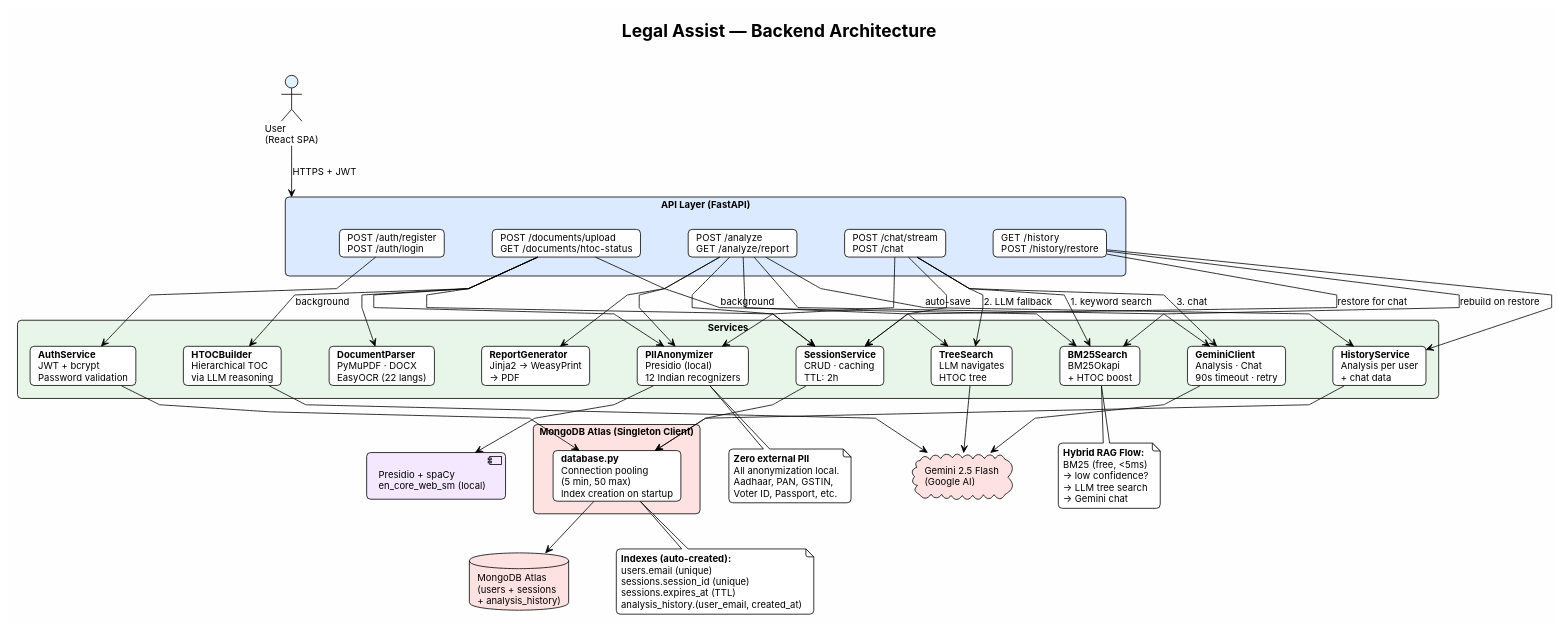
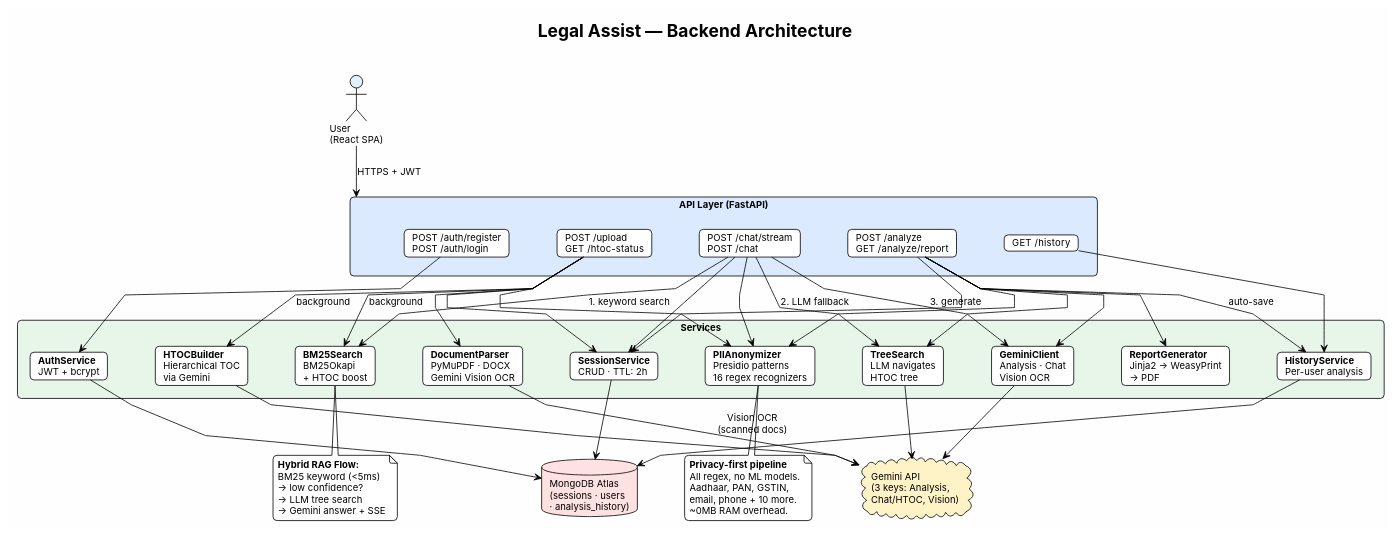
One commit to adityaa2404/legal-assist changed the diagram in docs/architecture-compact.puml. Above: the diagram before and after it, drawn with PlantUML. The commit also changed 19 other files, not shown here.

```diff
--- a/docs/architecture-compact.puml
+++ b/docs/architecture-compact.puml
@@ -1,113 +1,97 @@
 @startuml Legal Assist - Backend Architecture (Compact)
 
 !theme plain
 skinparam backgroundColor #FEFEFE
 skinparam defaultFontName Inter
 skinparam defaultFontSize 12
 skinparam shadowing false
 skinparam roundCorner 10
 skinparam packageStyle rectangle
 skinparam linetype polyline
 skinparam nodesep 60
 skinparam ranksep 50
 
 title **Legal Assist** — Backend Architecture\n
 
 ' ═══════════ ACTORS ═══════════
 actor "User\n(React SPA)" as User #E0F2FE
 
 ' ═══════════ API LAYER ═══════════
 rectangle "**API Layer** (FastAPI)" as API #DBEAFE {
     card "POST /auth/register\nPOST /auth/login" as Auth
-    card "POST /documents/upload\nGET  /documents/htoc-status" as Docs
+    card "POST /upload\nGET  /htoc-status" as Docs
     card "POST /analyze\nGET  /analyze/report" as Analysis
     card "POST /chat/stream\nPOST /chat" as Chat
-    card "GET  /history\nPOST /history/restore" as History
+    card "GET  /history" as History
 }
 
 ' ═══════════ SERVICE LAYER ═══════════
 rectangle "**Services**" as SVC #E8F5E9 {
-    card "**AuthService**\nJWT + bcrypt\nPassword validation" as AuthSvc
-    card "**DocumentParser**\nPyMuPDF · DOCX\nEasyOCR (22 langs)" as Parser
-    card "**PIIAnonymizer**\nPresidio (local)\n12 Indian recognizers" as PII
-    card "**SessionService**\nCRUD · caching\nTTL: 2h" as Session
-    card "**HistoryService**\nAnalysis per user\n+ chat data" as HistSvc
-    card "**HTOCBuilder**\nHierarchical TOC\nvia LLM reasoning" as HTOC
+    card "**AuthService**\nJWT + bcrypt" as AuthSvc
+    card "**DocumentParser**\nPyMuPDF · DOCX\nGemini Vision OCR" as Parser
+    card "**PIIAnonymizer**\nPresidio patterns\n16 regex recognizers" as PII
+    card "**SessionService**\nCRUD · TTL: 2h" as Session
+    card "**HistoryService**\nPer-user analysis" as HistSvc
+    card "**HTOCBuilder**\nHierarchical TOC\nvia Gemini" as HTOC
     card "**BM25Search**\nBM25Okapi\n+ HTOC boost" as BM25
     card "**TreeSearch**\nLLM navigates\nHTOC tree" as Tree
-    card "**GeminiClient**\nAnalysis · Chat\n90s timeout · retry" as Gemini
+    card "**GeminiClient**\nAnalysis · Chat\nVision OCR" as Gemini
     card "**ReportGenerator**\nJinja2 → WeasyPrint\n→ PDF" as Report
 }
 
-' ═══════════ DATABASE ═══════════
-rectangle "**MongoDB Atlas** (Singleton Client)" as DB #FEE2E2 {
-    card "**database.py**\nConnection pooling\n(5 min, 50 max)\nIndex creation on startup" as DBCore
-}
-
 ' ═══════════ EXTERNAL ═══════════
-database "MongoDB Atlas\n(users + sessions\n+ analysis_history)" as Mongo #FEE2E2
-cloud "Gemini 2.5 Flash\n(Google AI)" as GeminiAPI #FEE2E2
-component "Presidio + spaCy\nen_core_web_sm (local)" as PresidioLocal #F3E8FF
+database "MongoDB Atlas\n(sessions · users\n· analysis_history)" as Mongo #FEE2E2
+cloud "Gemini API\n(3 keys: Analysis,\nChat/HTOC, Vision)" as GeminiAPI #FEF3C7
 
 ' ═══════════ CONNECTIONS ═══════════
 User --> API : HTTPS + JWT
 
 Auth --> AuthSvc
 Docs --> Parser
 Docs --> PII
 Docs --> Session
 Docs --> HTOC : background
 Docs --> BM25 : background
 
 Analysis --> Gemini
 Analysis --> Tree
 Analysis --> PII
 Analysis --> Session
 Analysis --> Report
 Analysis --> HistSvc : auto-save
 
 History --> HistSvc
-History --> Session : restore for chat
-History --> BM25 : rebuild on restore
 
 Chat --> BM25 : "1. keyword search"
 Chat --> Tree : "2. LLM fallback"
-Chat --> Gemini : "3. chat"
+Chat --> Gemini : "3. generate"
 Chat --> PII
 Chat --> Session
 
 ' Service → External
-AuthSvc --> DBCore
-Session --> DBCore
-HistSvc --> DBCore
-DBCore --> Mongo
+AuthSvc --> Mongo
+Session --> Mongo
+HistSvc --> Mongo
 Gemini --> GeminiAPI
 HTOC --> GeminiAPI
 Tree --> GeminiAPI
-PII --> PresidioLocal
+Parser --> GeminiAPI : Vision OCR\n(scanned docs)
 
 ' ═══════════ NOTES ═══════════
 note bottom of BM25
   **Hybrid RAG Flow:**
-  BM25 (free, <5ms)
+  BM25 keyword (<5ms)
   → low confidence?
   → LLM tree search
-  → Gemini chat
+  → Gemini answer + SSE
 end note
 
 note bottom of PII
-  **Zero external PII**
-  All anonymization local.
+  **Privacy-first pipeline**
+  All regex, no ML models.
   Aadhaar, PAN, GSTIN,
-  Voter ID, Passport, etc.
-end note
-
-note bottom of DBCore
-  **Indexes (auto-created):**
-  users.email (unique)
-  sessions.session_id (unique)
-  sessions.expires_at (TTL)
-  analysis_history.(user_email, created_at)
+  email, phone + 10 more.
+  ~0MB RAM overhead.
 end note
 
 @enduml
```
